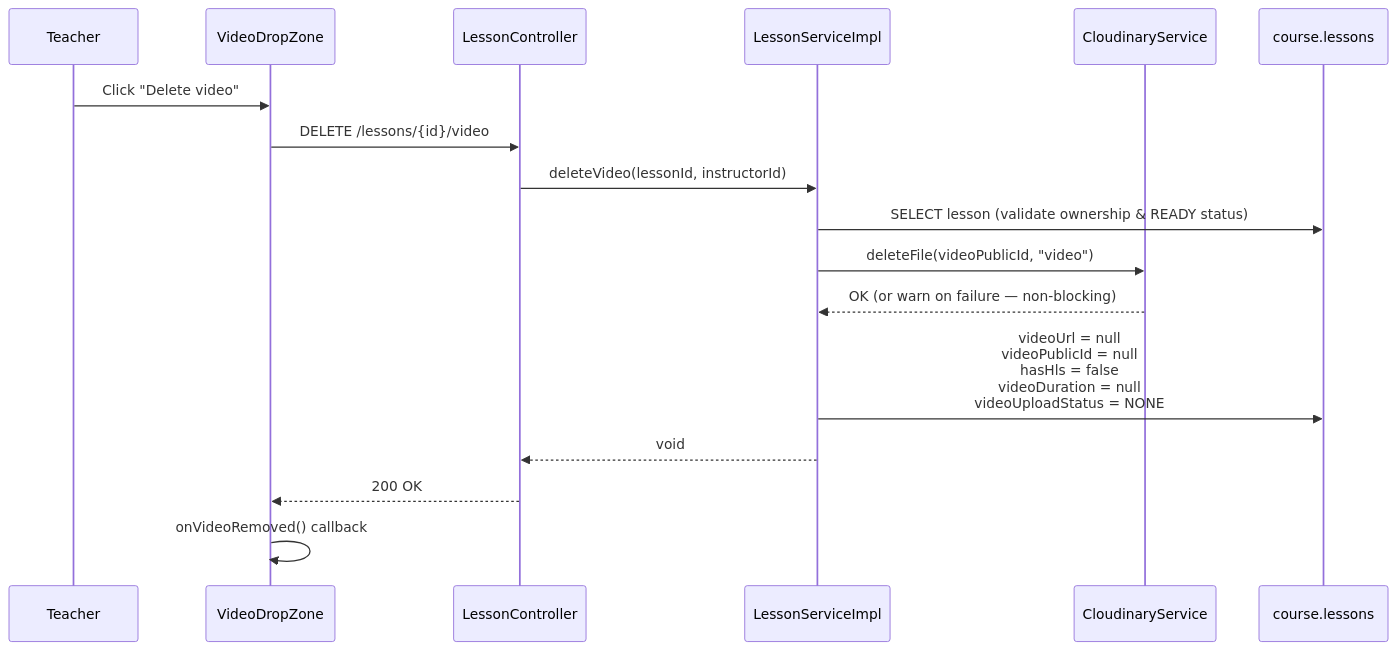
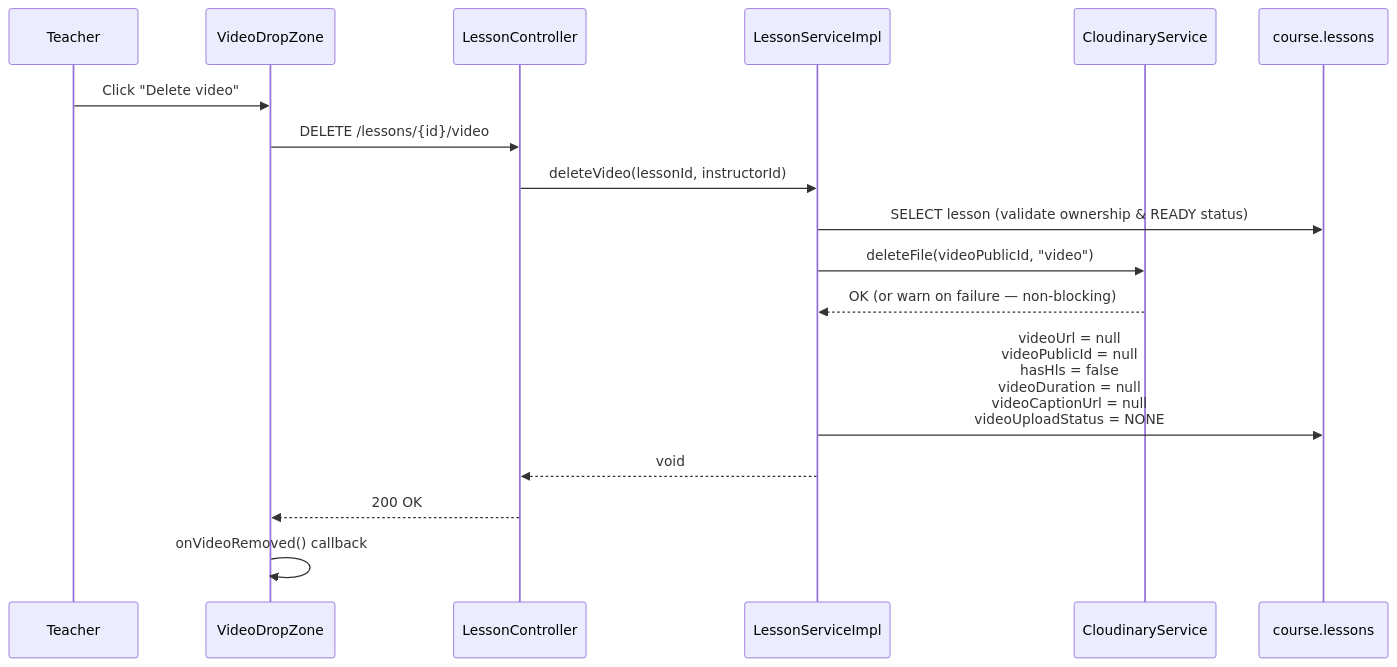
The fourth of 5 diagrams in docs/workflows/video_upload_workflows.md (HuuLocFIT/EduMind), drawn with Mermaid before and after one commit. The commit also changed other lines of this file and 14 other files, not shown here.

````diff
--- a/docs/workflows/video_upload_workflows.md
+++ b/docs/workflows/video_upload_workflows.md
@@ -215,20 +230,20 @@
 ```mermaid
 sequenceDiagram
     participant Teacher
     participant VDZ as VideoDropZone
     participant Backend as LessonController
     participant LessonSvc as LessonServiceImpl
     participant CldSvc as CloudinaryService
     participant DB as course.lessons
 
     Teacher->>VDZ: Click "Delete video"
     VDZ->>Backend: DELETE /lessons/{id}/video
     Backend->>LessonSvc: deleteVideo(lessonId, instructorId)
     LessonSvc->>DB: SELECT lesson (validate ownership & READY status)
     LessonSvc->>CldSvc: deleteFile(videoPublicId, "video")
     CldSvc-->>LessonSvc: OK (or warn on failure — non-blocking)
-    LessonSvc->>DB: videoUrl = null<br/>videoPublicId = null<br/>hasHls = false<br/>videoDuration = null<br/>videoUploadStatus = NONE
+    LessonSvc->>DB: videoUrl = null<br/>videoPublicId = null<br/>hasHls = false<br/>videoDuration = null<br/>videoCaptionUrl = null<br/>videoUploadStatus = NONE
     LessonSvc-->>Backend: void
     Backend-->>VDZ: 200 OK
     VDZ->>VDZ: onVideoRemoved() callback
 ```
````
